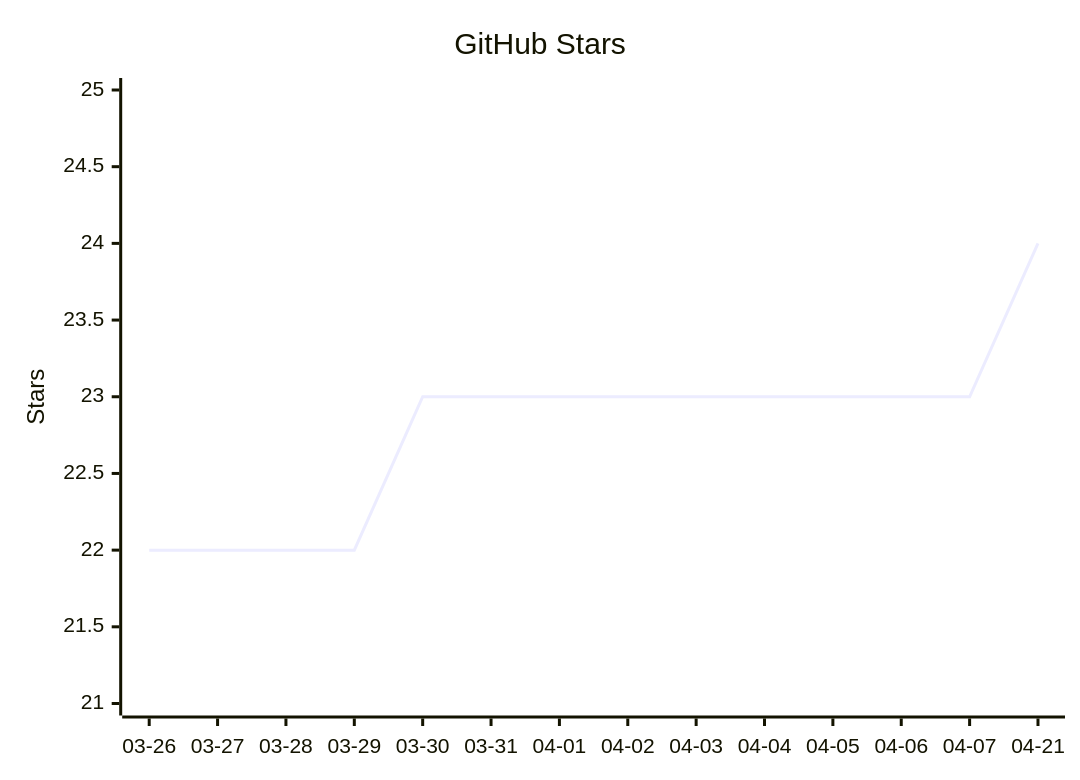
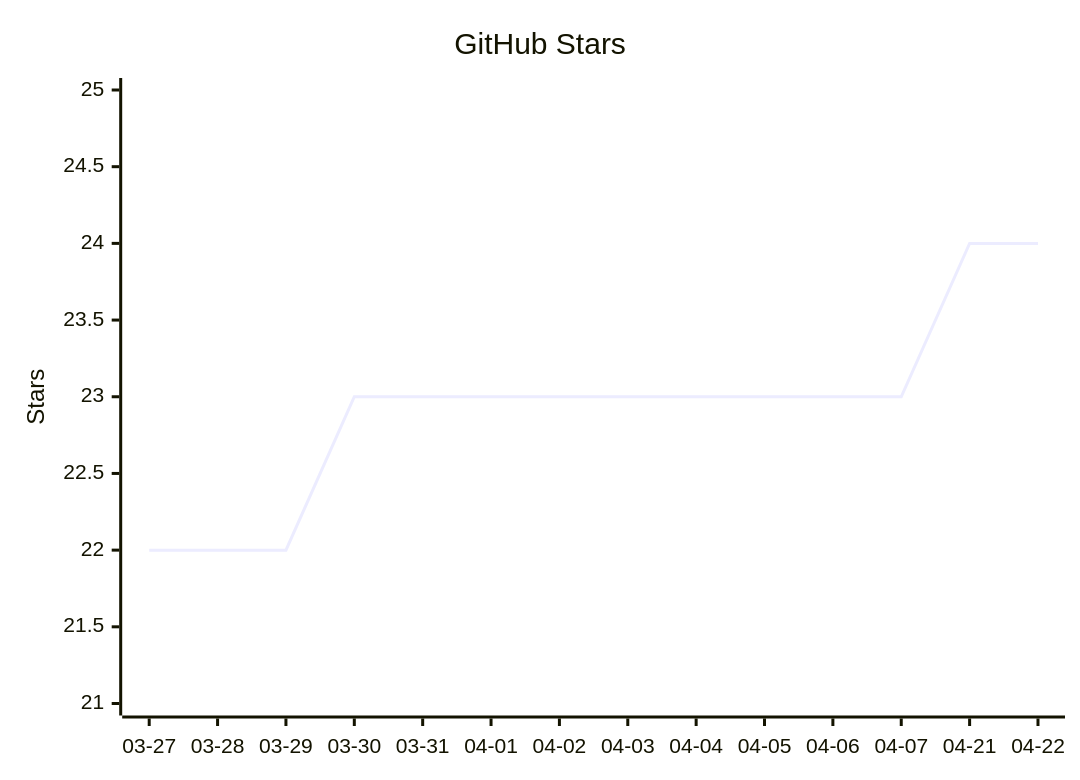
The diagram in README.mbt.md (vectie/moonclaw), drawn with Mermaid before and after one commit. The commit also changed other lines of this file and 1 other file, not shown here.

Commit message:
Update README star growth

````diff
--- a/README.mbt.md
+++ b/README.mbt.md
@@ -489,7 +489,7 @@
 ```mermaid
 xychart-beta
     title "GitHub Stars"
-    x-axis ["03-26","03-27","03-28","03-29","03-30","03-31","04-01","04-02","04-03","04-04","04-05","04-06","04-07","04-21"]
+    x-axis ["03-27","03-28","03-29","03-30","03-31","04-01","04-02","04-03","04-04","04-05","04-06","04-07","04-21","04-22"]
     y-axis "Stars" 21 --> 25
-    line [22,22,22,22,23,23,23,23,23,23,23,23,23,24]
+    line [22,22,22,23,23,23,23,23,23,23,23,23,24,24]
 ```
````
